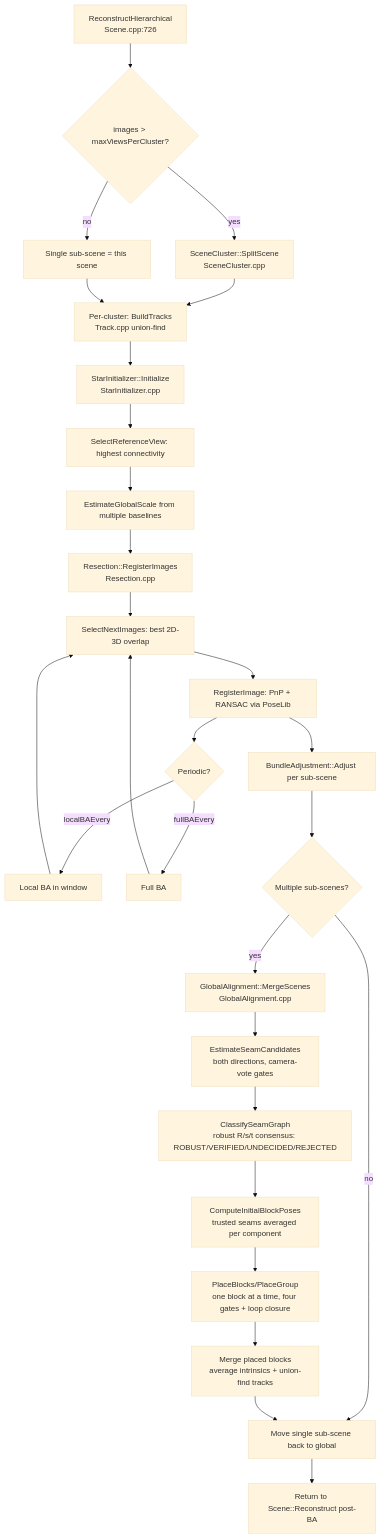
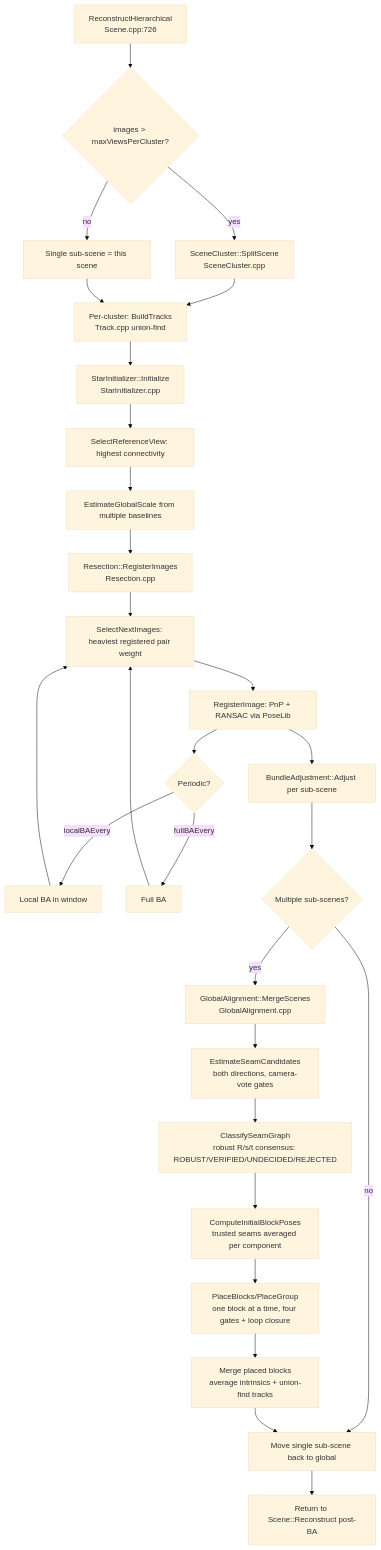
One commit to cdcseacave/openMVS changed the third of 10 diagrams in docs/pipeline-traces.md. Above: the diagram before and after it, drawn with Mermaid (base theme). The commit also changed other lines of this file and 9 other files, not shown here.

````diff
--- a/docs/pipeline-traces.md
+++ b/docs/pipeline-traces.md
@@ -196,30 +196,30 @@
 ```mermaid
 graph TD
     A[ReconstructHierarchical<br/>Scene.cpp:726] --> B{images > maxViewsPerCluster?}
     B -->|yes| C[SceneCluster::SplitScene<br/>SceneCluster.cpp]
     B -->|no| D[Single sub-scene = this scene]
     C --> E[Per-cluster: BuildTracks<br/>Track.cpp union-find]
     D --> E
     E --> F[StarInitializer::Initialize<br/>StarInitializer.cpp]
     F --> F1[SelectReferenceView: highest connectivity]
     F1 --> F2[EstimateGlobalScale from multiple baselines]
     F2 --> G[Resection::RegisterImages<br/>Resection.cpp]
-    G --> G1[SelectNextImages: best 2D-3D overlap]
+    G --> G1[SelectNextImages: heaviest registered pair weight]
     G1 --> G2[RegisterImage: PnP + RANSAC via PoseLib]
     G2 --> G3{Periodic?}
     G3 -->|localBAEvery| G4[Local BA in window]
     G3 -->|fullBAEvery| G5[Full BA]
     G4 --> G1
     G5 --> G1
     G2 --> H[BundleAdjustment::Adjust per sub-scene]
     H --> I{Multiple sub-scenes?}
     I -->|no| J[Move single sub-scene back to global]
     I -->|yes| K[GlobalAlignment::MergeScenes<br/>GlobalAlignment.cpp]
     K --> K1[EstimateSeamCandidates<br/>both directions, camera-vote gates]
     K1 --> K2[ClassifySeamGraph<br/>robust R/s/t consensus: ROBUST/VERIFIED/UNDECIDED/REJECTED]
     K2 --> K3[ComputeInitialBlockPoses<br/>trusted seams averaged per component]
     K3 --> K4[PlaceBlocks/PlaceGroup<br/>one block at a time, four gates + loop closure]
     K4 --> K5[Merge placed blocks<br/>average intrinsics + union-find tracks]
     K5 --> J
     J --> L[Return to Scene::Reconstruct post-BA]
 ```
````
